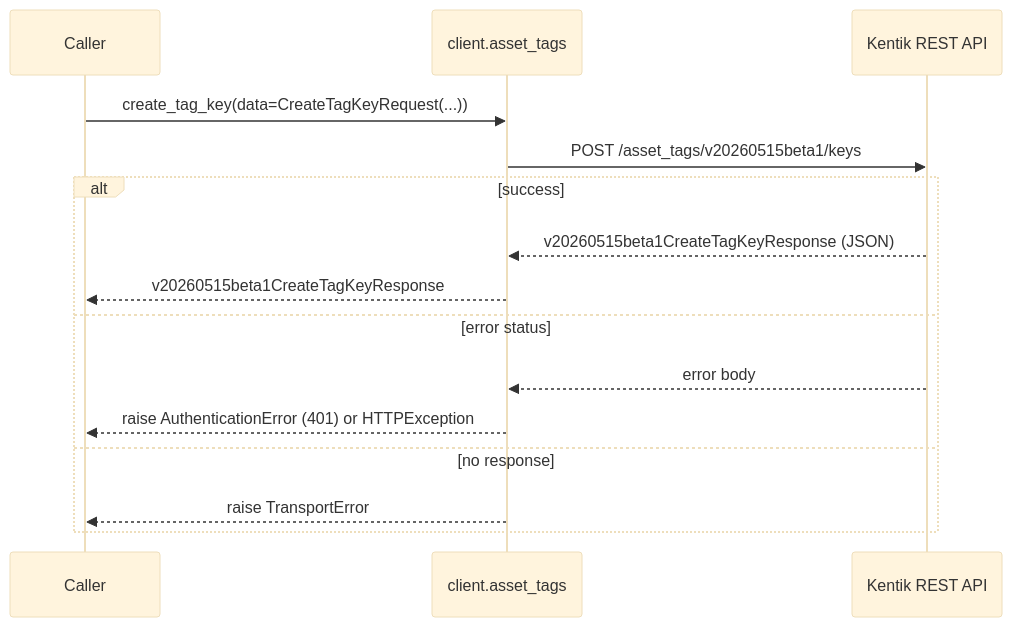
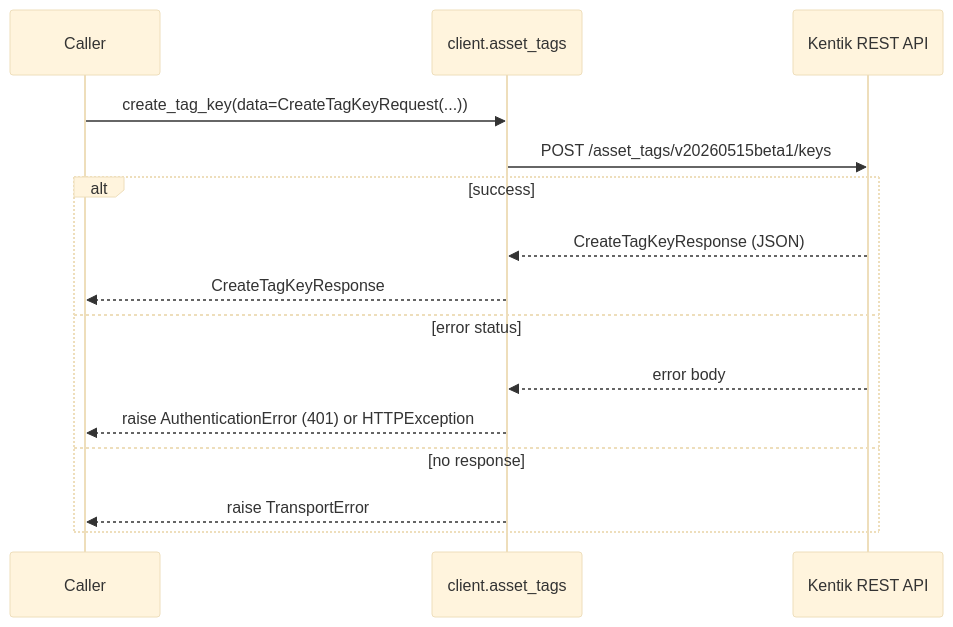
The sixth of 20 diagrams in docs/sphinx/services/asset_tags.md (alexdearaujo/community_sdk_python), drawn with Mermaid (base theme) before and after one commit. The commit also changed other lines of this file and 38 other files, not shown here.

````diff
--- a/docs/sphinx/services/asset_tags.md
+++ b/docs/sphinx/services/asset_tags.md
@@ -184,18 +184,18 @@
 ```mermaid
 sequenceDiagram
     participant C as Caller
     participant W as client.asset_tags
     participant API as Kentik REST API
 
     C->>W: create_tag_key(data=CreateTagKeyRequest(...))
     W->>API: POST /asset_tags/v20260515beta1/keys
     alt success
-        API-->>W: v20260515beta1CreateTagKeyResponse (JSON)
-        W-->>C: v20260515beta1CreateTagKeyResponse
+        API-->>W: CreateTagKeyResponse (JSON)
+        W-->>C: CreateTagKeyResponse
     else error status
         API-->>W: error body
         W-->>C: raise AuthenticationError (401) or HTTPException
     else no response
         W-->>C: raise TransportError
     end
 ```
````
